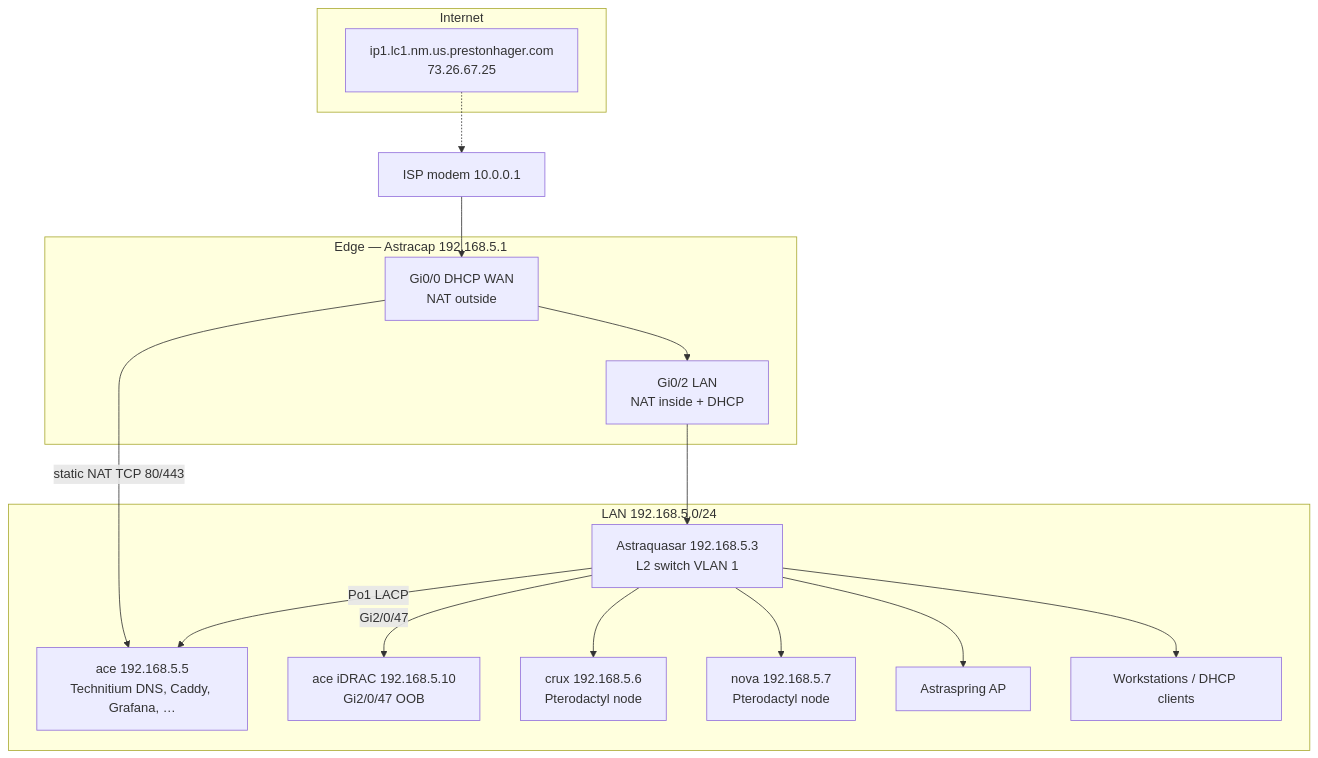
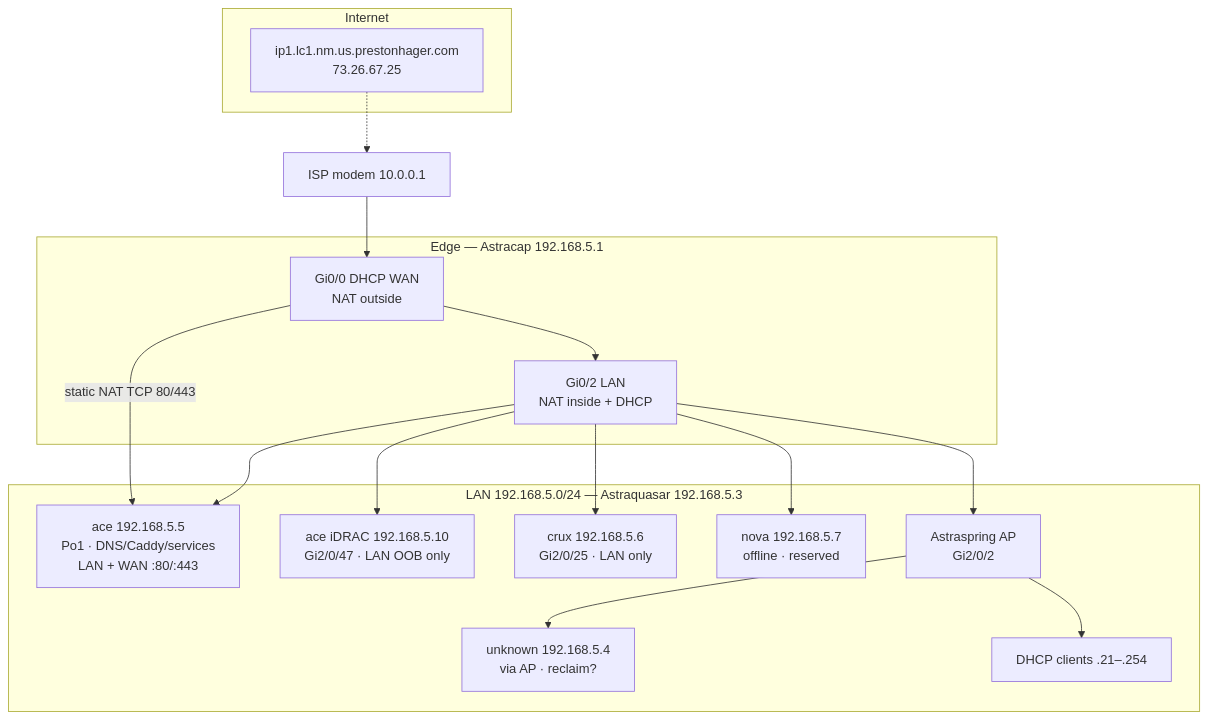
Before and after one commit to PrestonHager/nixos-configs: the first of 3 diagrams in docs/network-topology.md, drawn with Mermaid. The commit also changed other lines of this file and 2 other files, not shown here.

First line of the commit message:
Document verified LAN topology and label Astraquasar ports.

````diff
--- a/docs/network-topology.md
+++ b/docs/network-topology.md
@@ -7,35 +54,35 @@
 ```mermaid
 flowchart TB
   subgraph WAN["Internet"]
     Pub["ip1.lc1.nm.us.prestonhager.com<br/>73.26.67.25"]
   end
 
   subgraph Edge["Edge — Astracap 192.168.5.1"]
     Gi0["Gi0/0 DHCP WAN<br/>NAT outside"]
     Gi2["Gi0/2 LAN<br/>NAT inside + DHCP"]
   end
 
-  subgraph LAN["LAN 192.168.5.0/24"]
-    SW["Astraquasar 192.168.5.3<br/>L2 switch VLAN 1"]
-    Ace["ace 192.168.5.5<br/>Technitium DNS, Caddy, Grafana, …"]
-    iDRAC["ace iDRAC 192.168.5.10<br/>Gi2/0/47 OOB"]
-    Crux["crux 192.168.5.6<br/>Pterodactyl node"]
-    Nova["nova 192.168.5.7<br/>Pterodactyl node"]
-    AP["Astraspring AP"]
-    WS["Workstations / DHCP clients"]
+  subgraph LAN["LAN 192.168.5.0/24 — Astraquasar 192.168.5.3"]
+    Ace["ace 192.168.5.5<br/>Po1 · DNS/Caddy/services<br/>LAN + WAN :80/:443"]
+    iDRAC["ace iDRAC 192.168.5.10<br/>Gi2/0/47 · LAN OOB only"]
+    Crux["crux 192.168.5.6<br/>Gi2/0/25 · LAN only"]
+    Nova["nova 192.168.5.7<br/>offline · reserved"]
+    AP["Astraspring AP<br/>Gi2/0/2"]
+    Unk["unknown 192.168.5.4<br/>via AP · reclaim?"]
+    WS["DHCP clients .21–.254"]
   end
 
   Modem["ISP modem 10.0.0.1"]
 
   Pub -.-> Modem
   Modem --> Gi0
   Gi0 --> Gi2
-  Gi2 --> SW
-  SW -->|"Po1 LACP"| Ace
-  SW -->|"Gi2/0/47"| iDRAC
-  SW --> AP
-  SW --> Crux
-  SW --> Nova
-  SW --> WS
+  Gi2 --> Ace
+  Gi2 --> iDRAC
+  Gi2 --> Crux
+  Gi2 --> Nova
+  Gi2 --> AP
+  AP --> Unk
+  AP --> WS
   Gi0 -->|"static NAT TCP 80/443"| Ace
 ```
````
